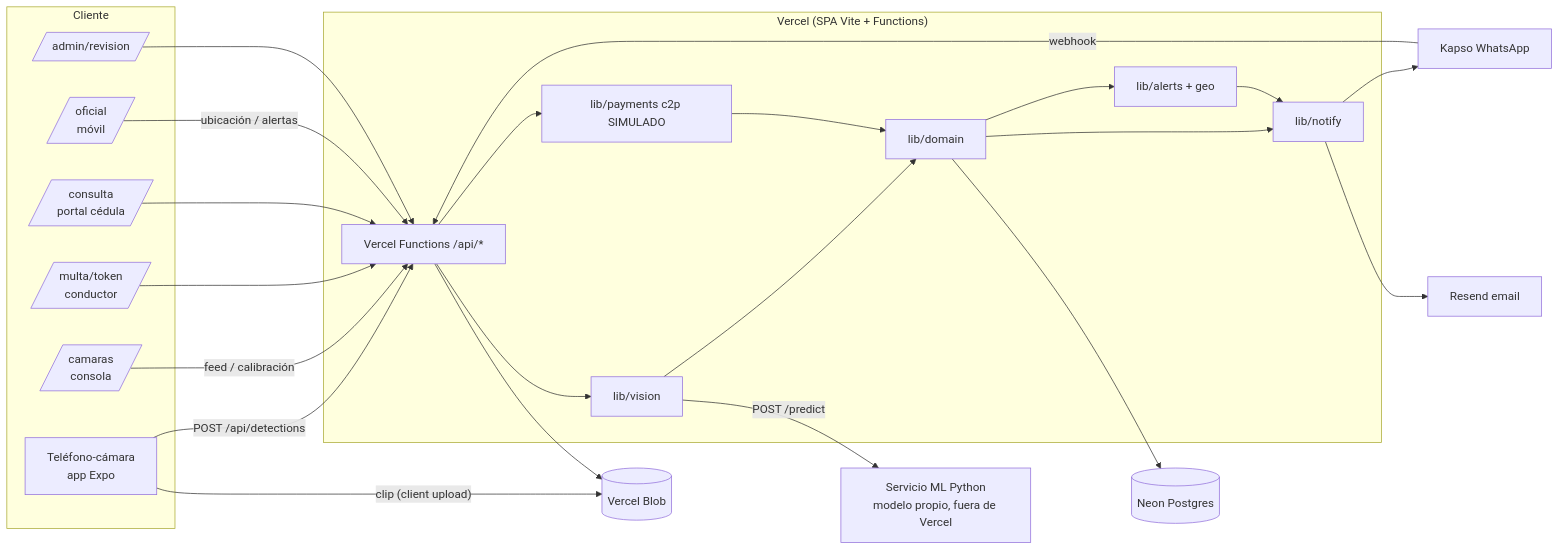
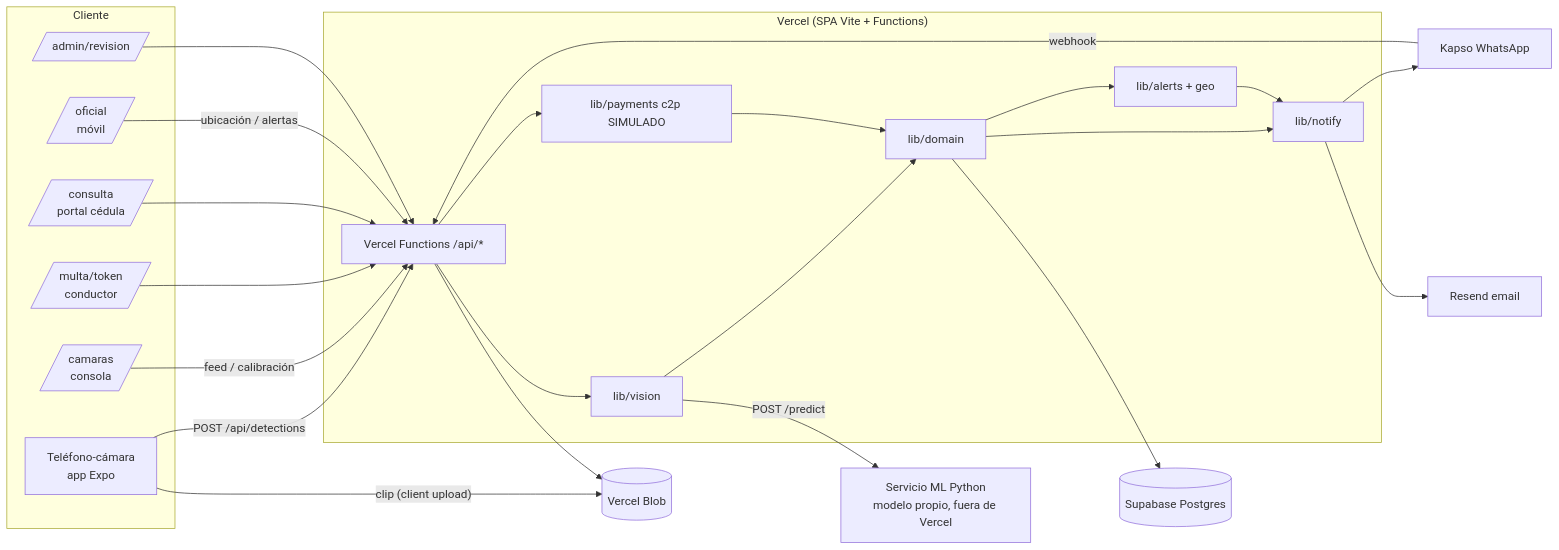
Before and after one commit to platanus-hack/platanus-hack-26-ve-team-20: the first of 3 diagrams in docs/02-arquitectura.md, drawn with Mermaid. The commit also changed other lines of this file and 11 other files, not shown here.

````diff
--- a/docs/02-arquitectura.md
+++ b/docs/02-arquitectura.md
@@ -20,39 +20,39 @@
 ```mermaid
 flowchart LR
   subgraph Cliente
     PH[Teléfono-cámara<br/>app Expo]
     SIM[/camaras<br/>consola/]
     DRV[/multa/token<br/>conductor/]
     POR[/consulta<br/>portal cédula/]
     OFF[/oficial<br/>móvil/]
     ADM[/admin/revision/]
   end
   subgraph Vercel["Vercel (SPA Vite + Functions)"]
     API[Vercel Functions /api/*]
     VIS[lib/vision]
     DOM[lib/domain]
     NOT[lib/notify]
     PAY[lib/payments c2p SIMULADO]
     ALR[lib/alerts + geo]
   end
   BLOB[(Vercel Blob)]
-  DB[(Neon Postgres)]
+  DB[(Supabase Postgres)]
   ML[Servicio ML Python<br/>modelo propio, fuera de Vercel]
   KP[Kapso WhatsApp]
   RS[Resend email]
 
   PH -- clip (client upload) --> BLOB
   PH -- POST /api/detections --> API
   SIM -- feed / calibración --> API
   API --> VIS -- POST /predict --> ML
   VIS --> DOM --> DB
   DOM --> NOT --> KP
   NOT --> RS
   DOM --> ALR --> NOT
   DRV --> API --> PAY --> DOM
   POR --> API
   OFF -- ubicación / alertas --> API
   ADM --> API
   KP -- webhook --> API
   API --> BLOB
 ```
````
